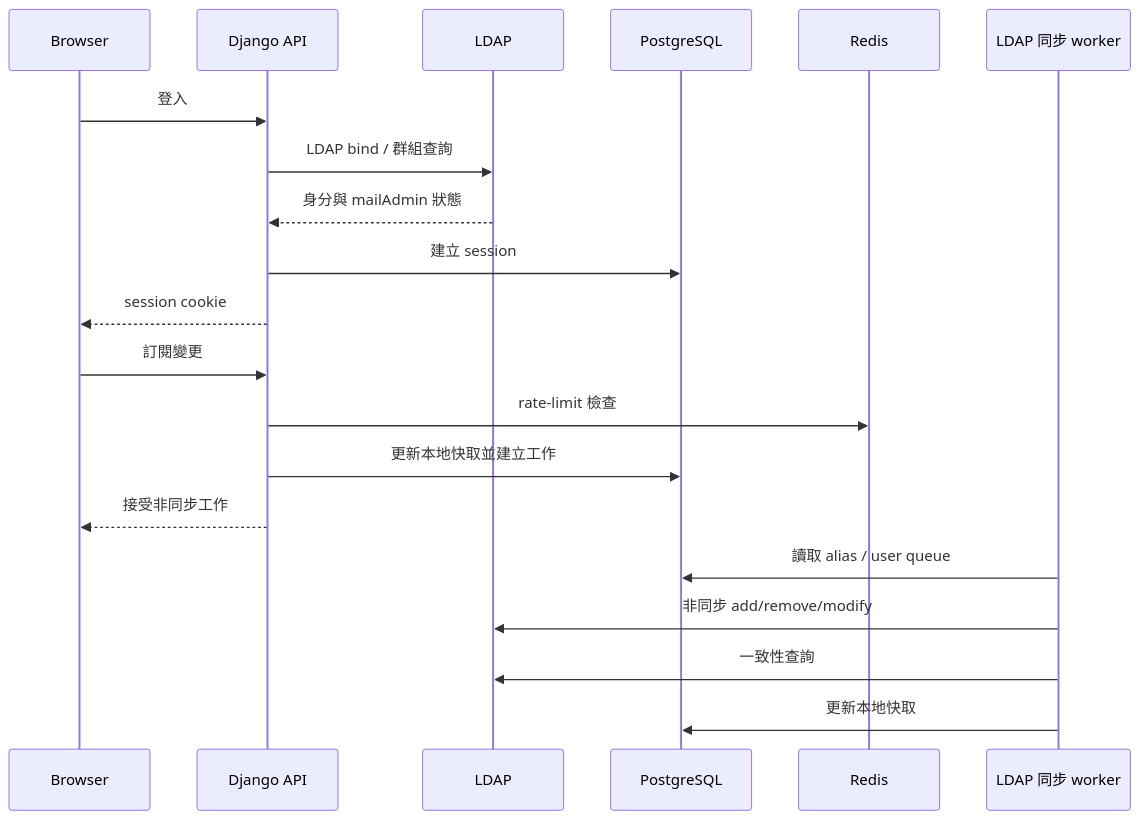
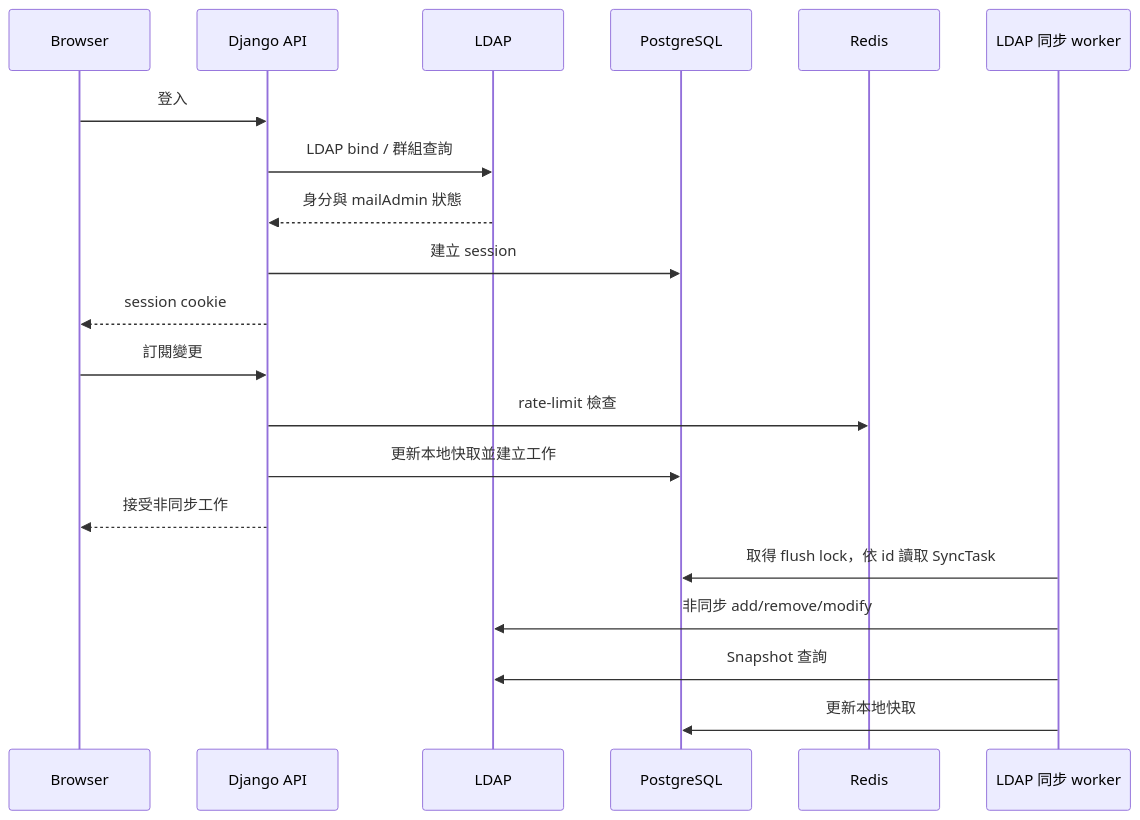
One commit to QWERTYPIG/2026-NASA3-Mail-Subscription changed the third of 3 diagrams in docs/01-architecture.md. Above: the diagram before and after it, drawn with Mermaid. The commit also changed other lines of this file and 8 other files, not shown here.

First line of the commit message:
feat(sync): run scheduled Flush through sync.flush and LDAP Directory

````diff
--- a/docs/01-architecture.md
+++ b/docs/01-architecture.md
@@ -71,23 +69,23 @@
 ```mermaid
 sequenceDiagram
     participant B as Browser
     participant A as Django API
     participant L as LDAP
     participant P as PostgreSQL
     participant R as Redis
     participant Q as LDAP 同步 worker
 
     B->>A: 登入
     A->>L: LDAP bind / 群組查詢
     L-->>A: 身分與 mailAdmin 狀態
     A->>P: 建立 session
     A-->>B: session cookie
     B->>A: 訂閱變更
     A->>R: rate-limit 檢查
     A->>P: 更新本地快取並建立工作
     A-->>B: 接受非同步工作
-    Q->>P: 讀取 alias / user queue
+    Q->>P: 取得 flush lock，依 id 讀取 SyncTask
     Q->>L: 非同步 add/remove/modify
-    Q->>L: 一致性查詢
+    Q->>L: Snapshot 查詢
     Q->>P: 更新本地快取
 ```
````
